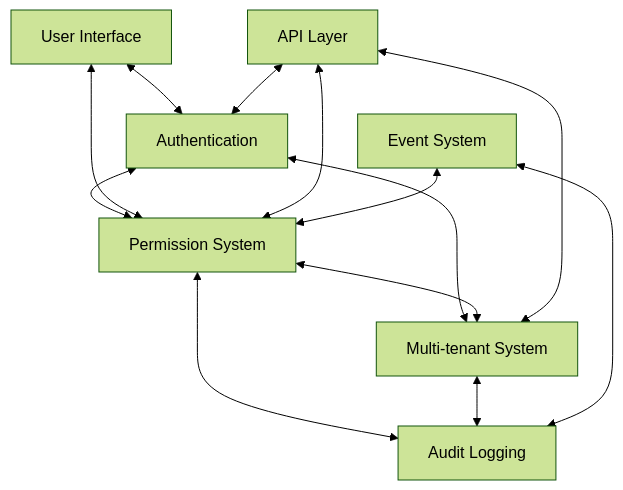
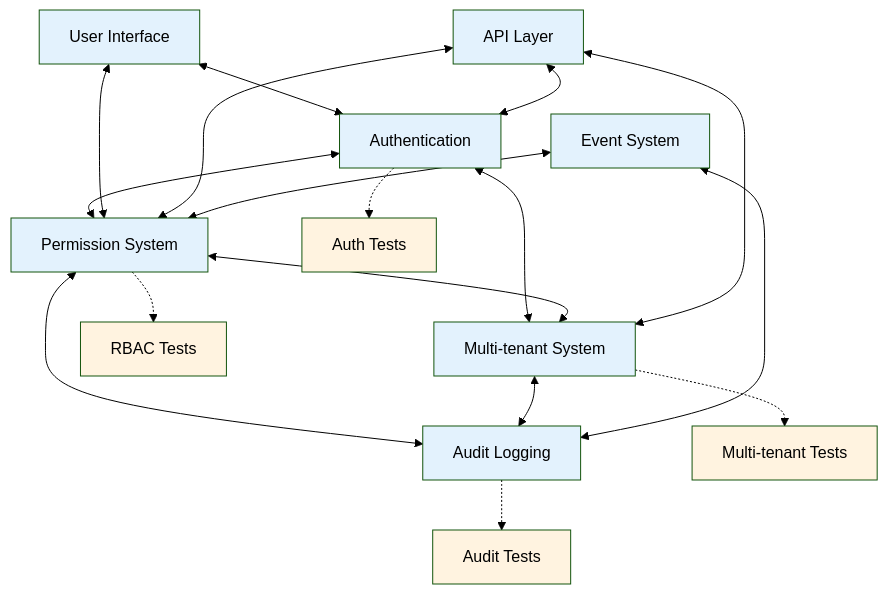
Before and after one commit to tesfayekb/core-base: the first of 3 diagrams in src/docs/testing/COMPONENT_INTEGRATION_MAP.md, drawn with Mermaid (forest theme). The commit also changed other lines of this file and 8 other files, not shown here.

````diff
--- a/src/docs/testing/COMPONENT_INTEGRATION_MAP.md
+++ b/src/docs/testing/COMPONENT_INTEGRATION_MAP.md
@@ -19,15 +13,27 @@
 ```mermaid
-flowchart TD
+graph TD
     AUTH[Authentication] <--> RBAC[Permission System]
     AUTH <--> TENANT[Multi-tenant System]
     RBAC <--> TENANT
     RBAC <--> AUDIT[Audit Logging]
     TENANT <--> AUDIT
     UI[User Interface] <--> AUTH
     UI <--> RBAC
     API[API Layer] <--> AUTH
     API <--> RBAC
     API <--> TENANT
     EVENTS[Event System] <--> AUDIT
     EVENTS <--> RBAC
+    
+    %% Testing Layer
+    AUTH -.-> AUTH_TEST[Auth Tests]
+    RBAC -.-> RBAC_TEST[RBAC Tests]
+    TENANT -.-> TENANT_TEST[Multi-tenant Tests]
+    AUDIT -.-> AUDIT_TEST[Audit Tests]
+    
+    classDef system fill:#e3f2fd
+    classDef testing fill:#fff3e0
+    
+    class AUTH,RBAC,TENANT,AUDIT,UI,API,EVENTS system
+    class AUTH_TEST,RBAC_TEST,TENANT_TEST,AUDIT_TEST testing
 ```
````
